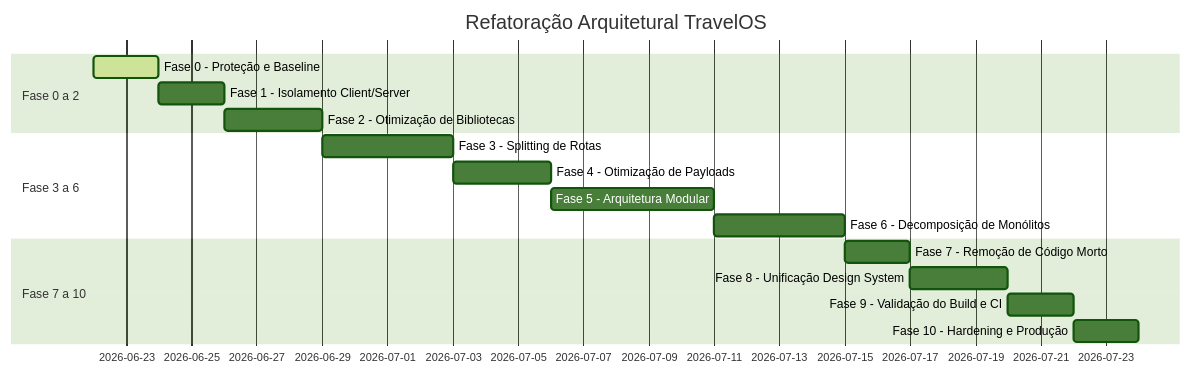
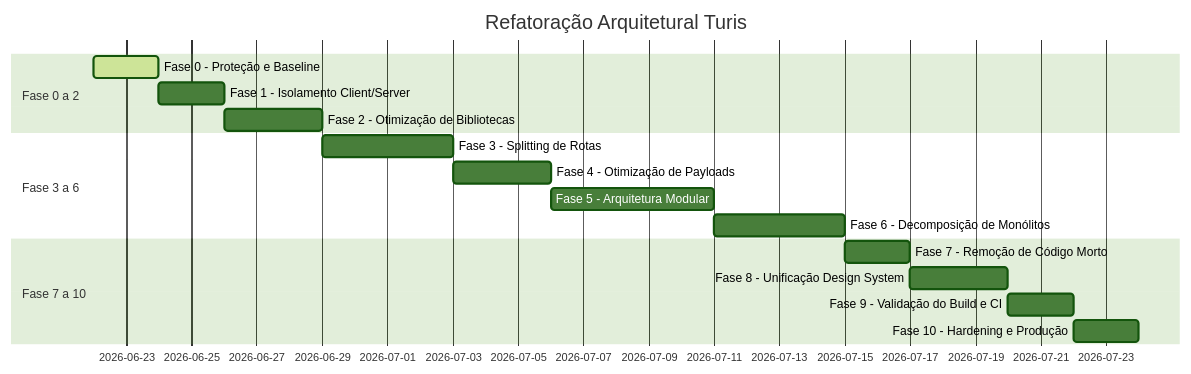
The diagram in docs/architecture-refactor/07_MASTER_REFACTOR_PLAN.md (EduardoChapeco/travelagencias), drawn with Mermaid (forest theme) before and after one commit. The commit also changed other lines of this file and 446 other files, not shown here.

Commit message:
feat(deploy): crm visual and ocr architecture refinements

````diff
--- a/docs/architecture-refactor/07_MASTER_REFACTOR_PLAN.md
+++ b/docs/architecture-refactor/07_MASTER_REFACTOR_PLAN.md
@@ -9,19 +9,19 @@
 ```mermaid
 gantt
-    title Refatoração Arquitetural TravelOS
+    title Refatoração Arquitetural Turis
     dateFormat  YYYY-MM-DD
     section Fase 0 a 2
     Fase 0 - Proteção e Baseline       :active, p0, 2026-06-22, 2d
     Fase 1 - Isolamento Client/Server  : p1, after p0, 2d
     Fase 2 - Otimização de Bibliotecas : p2, after p1, 3d
     section Fase 3 a 6
     Fase 3 - Splitting de Rotas        : p3, after p2, 4d
     Fase 4 - Otimização de Payloads    : p4, after p3, 3d
     Fase 5 - Arquitetura Modular       : p5, after p4, 5d
     Fase 6 - Decomposição de Monólitos : p6, after p5, 4d
     section Fase 7 a 10
     Fase 7 - Remoção de Código Morto   : p7, after p6, 2d
     Fase 8 - Unificação Design System  : p8, after p7, 3d
     Fase 9 - Validação do Build e CI   : p9, after p8, 2d
     Fase 10 - Hardening e Produção     : p10, after p9, 2d
 ```
````
